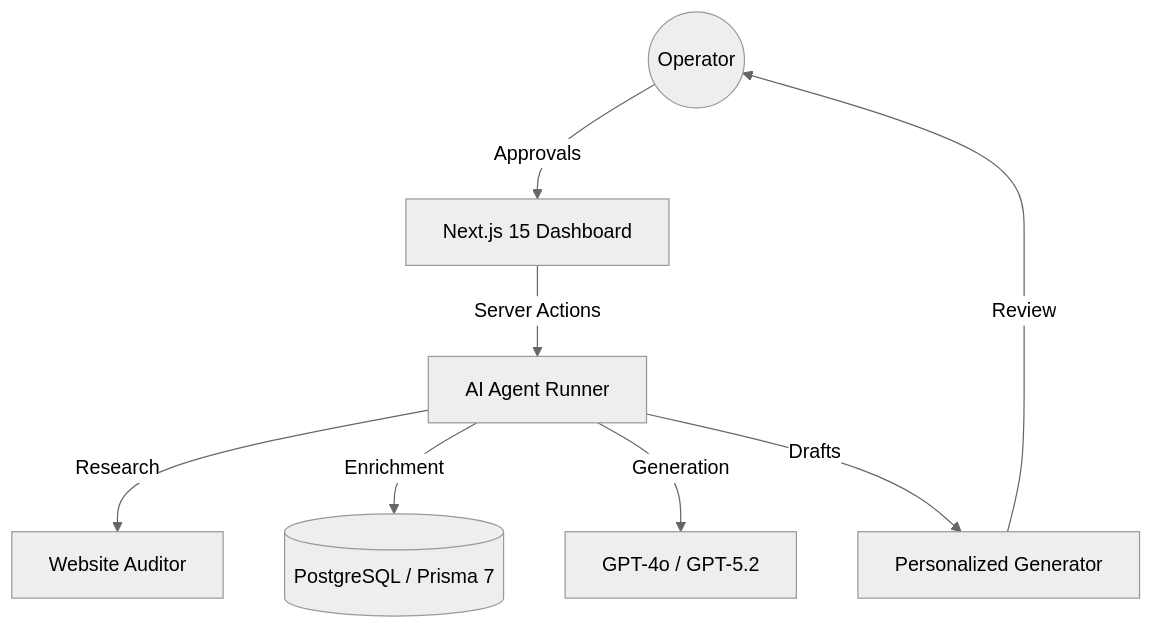
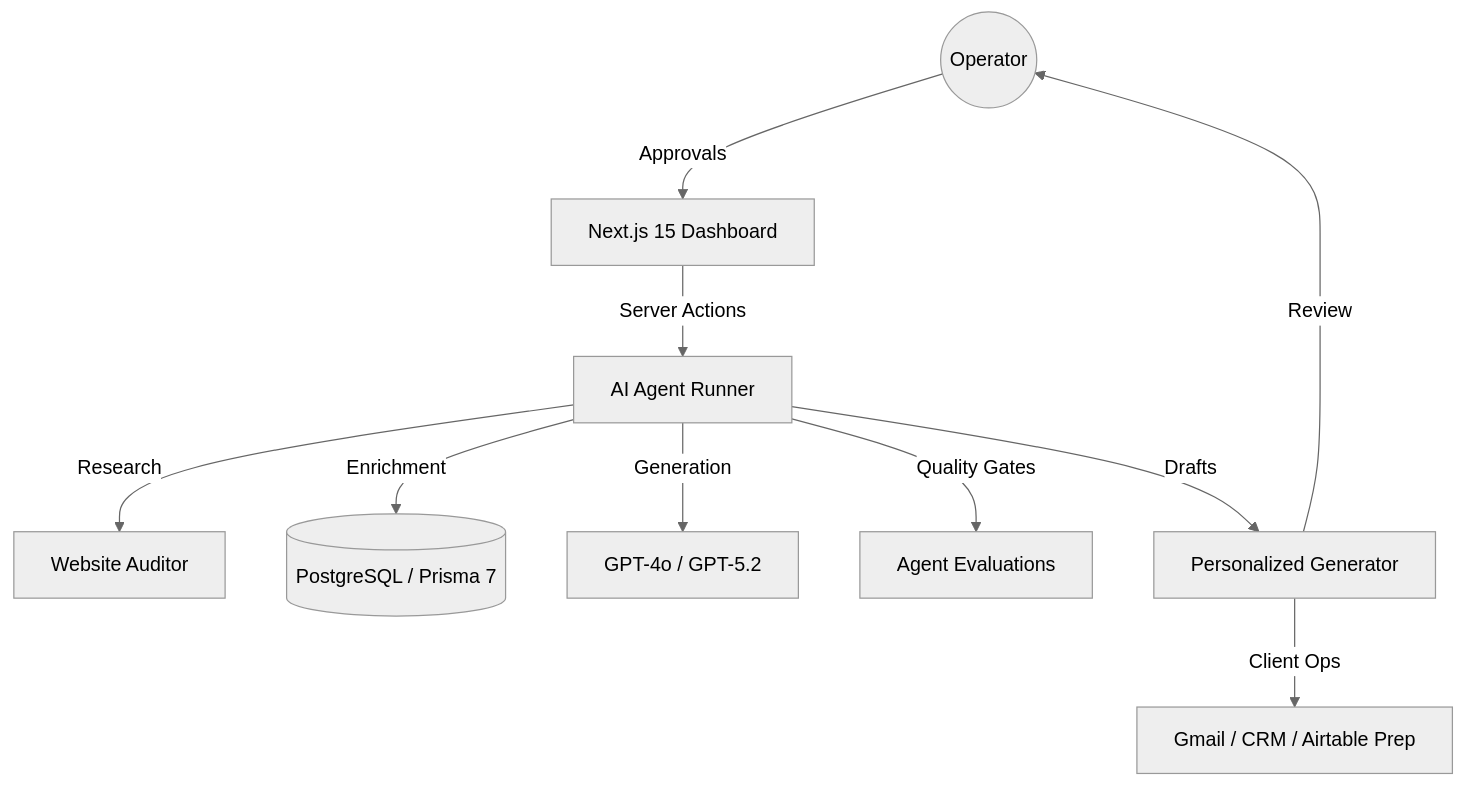
The diagram in README.md (karandangi123/leadforge-ai), drawn with Mermaid (neutral theme) before and after one commit. The commit also changed other lines of this file and 13 other files, not shown here.

````diff
--- a/README.md
+++ b/README.md
@@ -23,10 +23,12 @@
 ```mermaid
 graph TD
     User((Operator)) -->|Approvals| Dashboard[Next.js 15 Dashboard]
     Dashboard -->|Server Actions| AgentRunner[AI Agent Runner]
     AgentRunner -->|Research| WebScraper[Website Auditor]
     AgentRunner -->|Enrichment| DB[(PostgreSQL / Prisma 7)]
     AgentRunner -->|Generation| OpenAI[GPT-4o / GPT-5.2]
+    AgentRunner -->|Quality Gates| Evals[Agent Evaluations]
     AgentRunner -->|Drafts| Outreach[Personalized Generator]
+    Outreach -->|Client Ops| Integrations[Gmail / CRM / Airtable Prep]
     Outreach -->|Review| User
 ```
````
